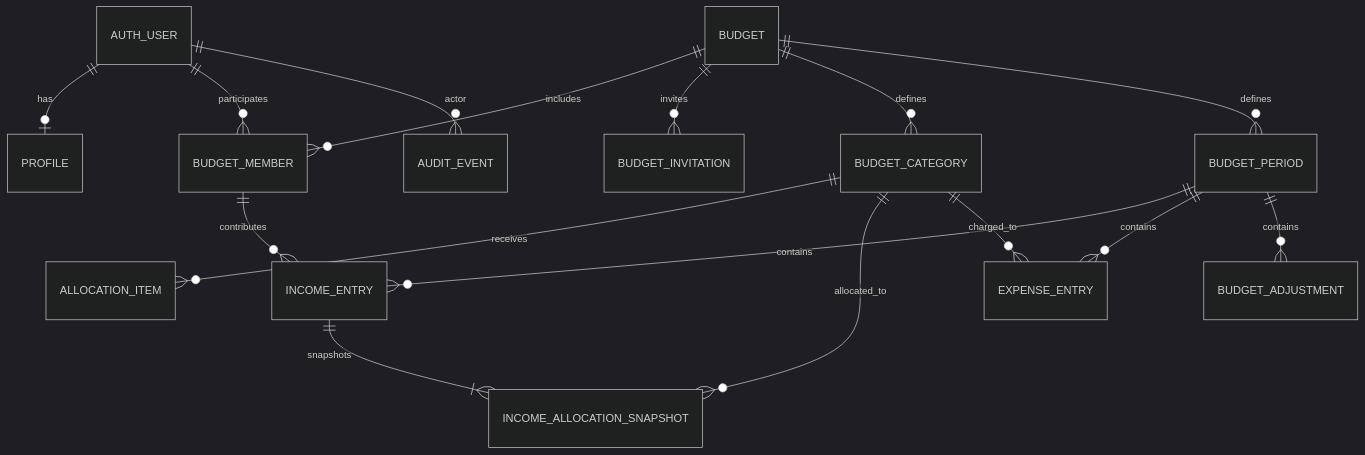
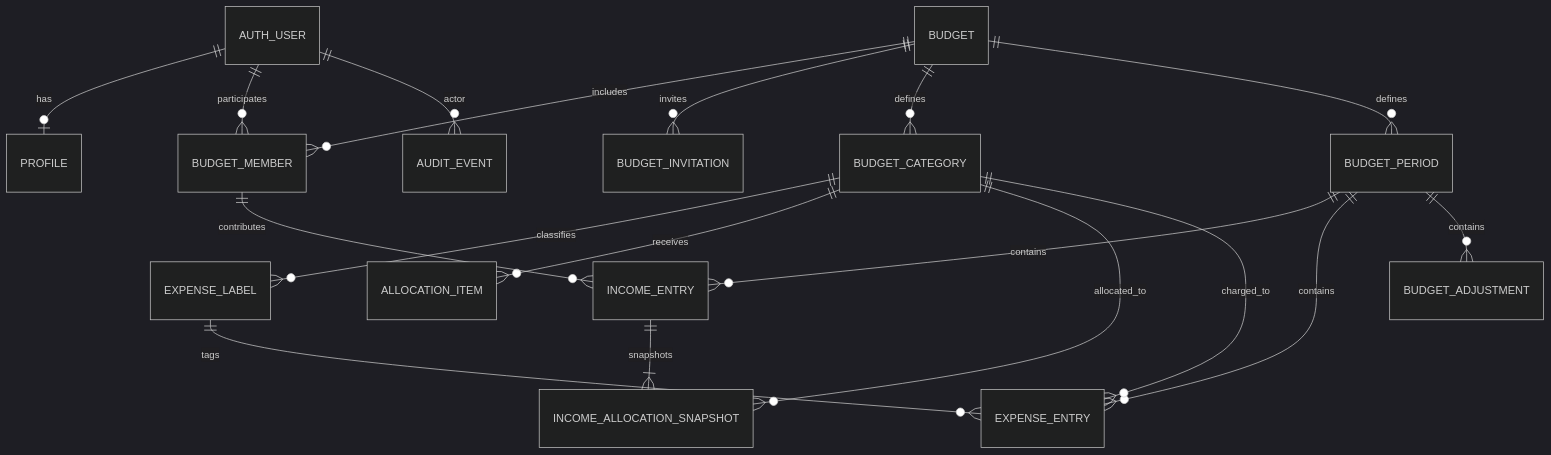
Before and after one commit to dconceicao01/SpendWise: the second of 3 diagrams in docs/architecture.md, drawn with Mermaid (dark theme). The commit also changed other lines of this file and 34 other files, not shown here.

Commit message:
feat: add category-scoped expense labels

````diff
--- a/docs/architecture.md
+++ b/docs/architecture.md
@@ -69,18 +70,20 @@
 ```mermaid
 erDiagram
   AUTH_USER ||--o| PROFILE : has
   AUTH_USER ||--o{ BUDGET_MEMBER : participates
   BUDGET ||--o{ BUDGET_MEMBER : includes
   BUDGET ||--o{ BUDGET_INVITATION : invites
   BUDGET ||--o{ BUDGET_CATEGORY : defines
+  BUDGET_CATEGORY ||--o{ EXPENSE_LABEL : classifies
+  EXPENSE_LABEL ||--o{ EXPENSE_ENTRY : tags
   BUDGET_CATEGORY ||--o{ ALLOCATION_ITEM : receives
   BUDGET ||--o{ BUDGET_PERIOD : defines
   BUDGET_PERIOD ||--o{ INCOME_ENTRY : contains
   BUDGET_MEMBER ||--o{ INCOME_ENTRY : contributes
   INCOME_ENTRY ||--|{ INCOME_ALLOCATION_SNAPSHOT : snapshots
   BUDGET_CATEGORY ||--o{ INCOME_ALLOCATION_SNAPSHOT : allocated_to
   BUDGET_PERIOD ||--o{ EXPENSE_ENTRY : contains
   BUDGET_CATEGORY ||--o{ EXPENSE_ENTRY : charged_to
   BUDGET_PERIOD ||--o{ BUDGET_ADJUSTMENT : contains
   AUTH_USER ||--o{ AUDIT_EVENT : actor
 ```
````
